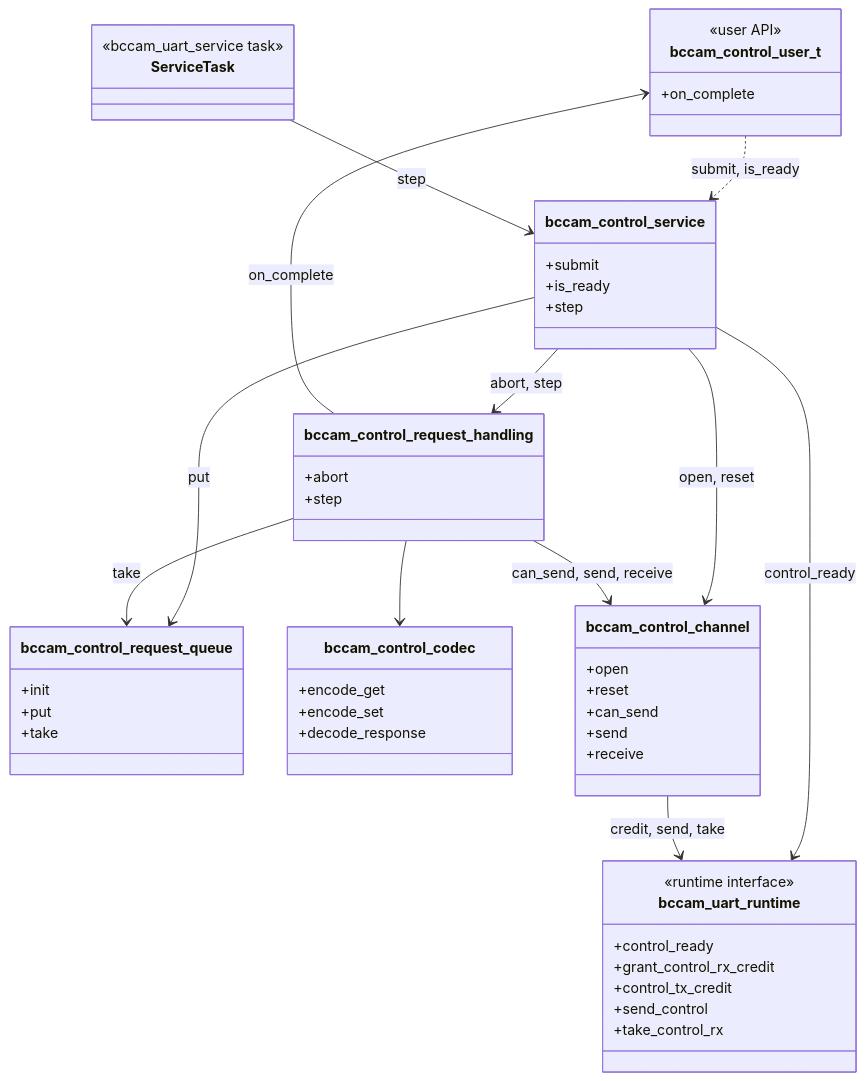
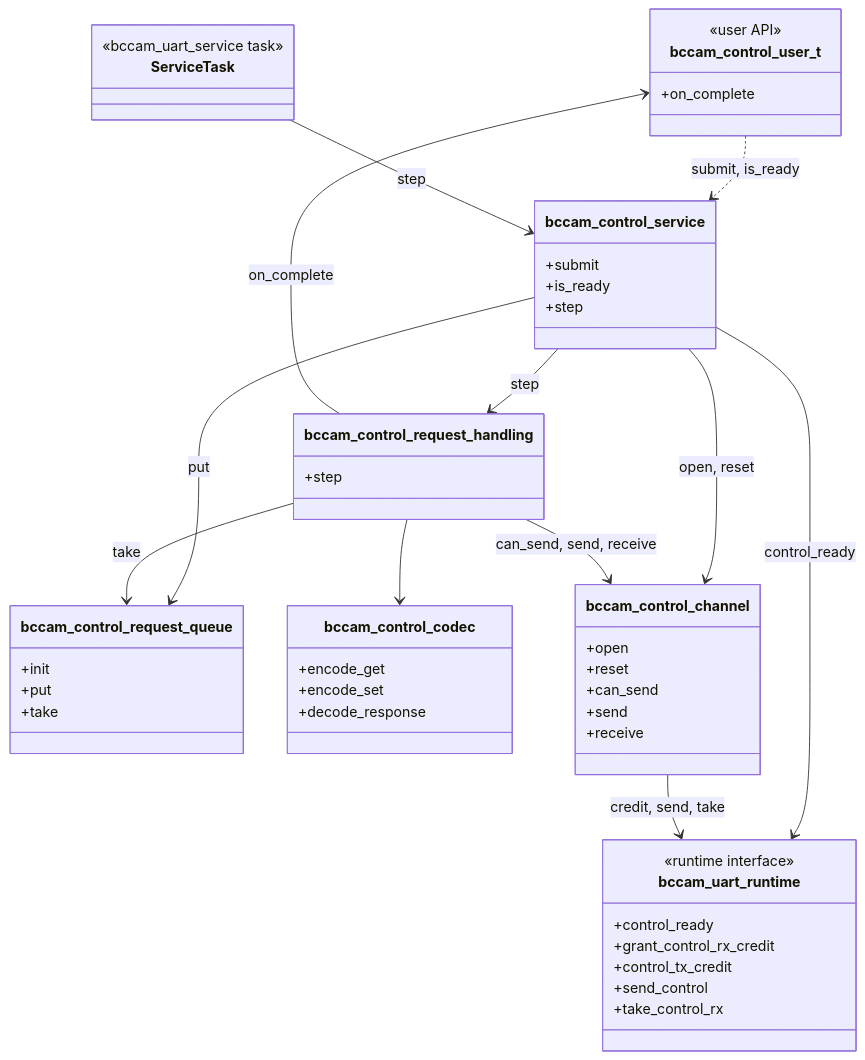
Before and after one commit to bitcraze/crazyflie-firmware: the first of 10 diagrams in docs/functional-areas/camera-deck-control.md, drawn with Mermaid. The commit also changed other lines of this file, not shown here.

Commit message:
docs: Removed abort, since it is understood through the ready flag

````diff
--- a/docs/functional-areas/camera-deck-control.md
+++ b/docs/functional-areas/camera-deck-control.md
@@ -138,65 +138,64 @@
 ```mermaid
 classDiagram
     direction TB
 
     class bccam_control_user_t {
         <<user API>>
         +on_complete
     }
 
     class bccam_control_service {
         +submit
         +is_ready
         +step
     }
 
     class bccam_control_request_queue {
         +init
         +put
         +take
     }
 
     class bccam_control_request_handling {
-        +abort
         +step
     }
 
     class bccam_control_codec {
         +encode_get
         +encode_set
         +decode_response
     }
 
     class bccam_control_channel {
         +open
         +reset
         +can_send
         +send
         +receive
     }
 
     class bccam_uart_runtime {
         <<runtime interface>>
         +control_ready
         +grant_control_rx_credit
         +control_tx_credit
         +send_control
         +take_control_rx
     }
 
     class ServiceTask {
         <<bccam_uart_service task>>
     }
 
     bccam_control_user_t ..> bccam_control_service : submit, is_ready
     ServiceTask --> bccam_control_service : step
     bccam_control_service --> bccam_control_request_queue : put
     bccam_control_service --> bccam_uart_runtime : control_ready
     bccam_control_service --> bccam_control_channel : open, reset
-    bccam_control_service --> bccam_control_request_handling : abort, step
+    bccam_control_service --> bccam_control_request_handling : step
     bccam_control_request_handling --> bccam_control_request_queue : take
     bccam_control_request_handling --> bccam_control_codec
     bccam_control_request_handling --> bccam_control_channel : can_send, send, receive
     bccam_control_request_handling --> bccam_control_user_t : on_complete
     bccam_control_channel --> bccam_uart_runtime : credit, send, take
 ```
````
